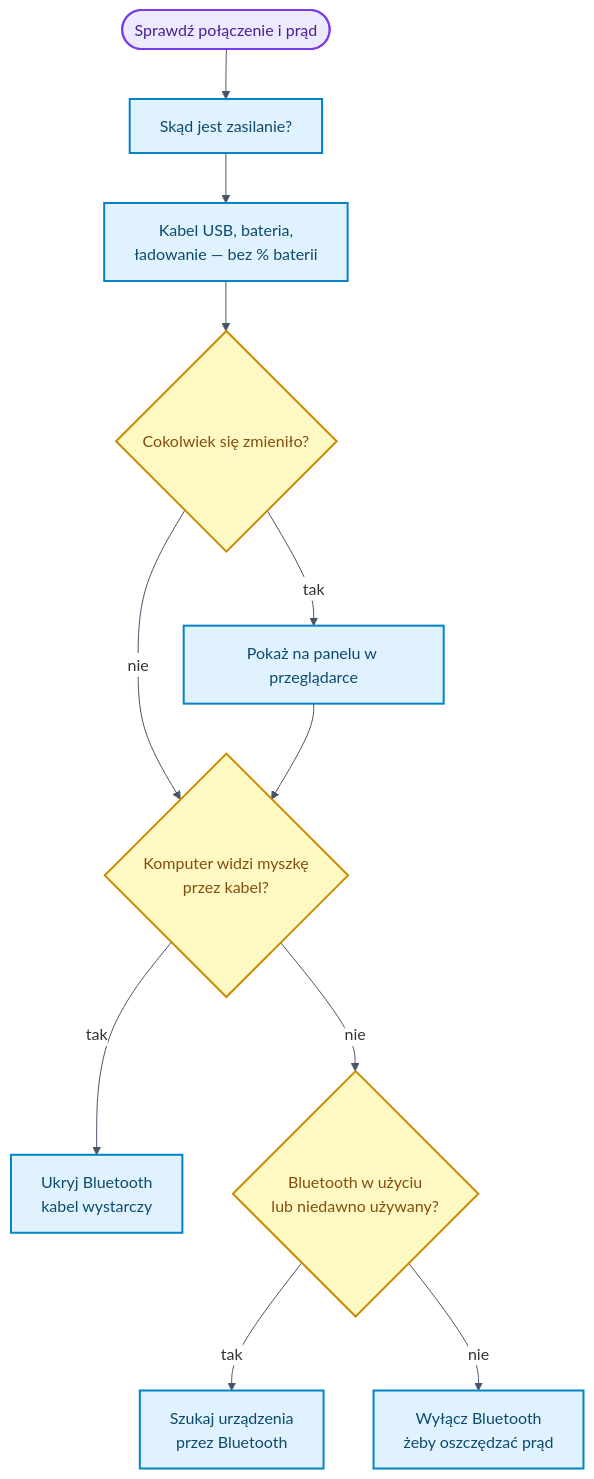
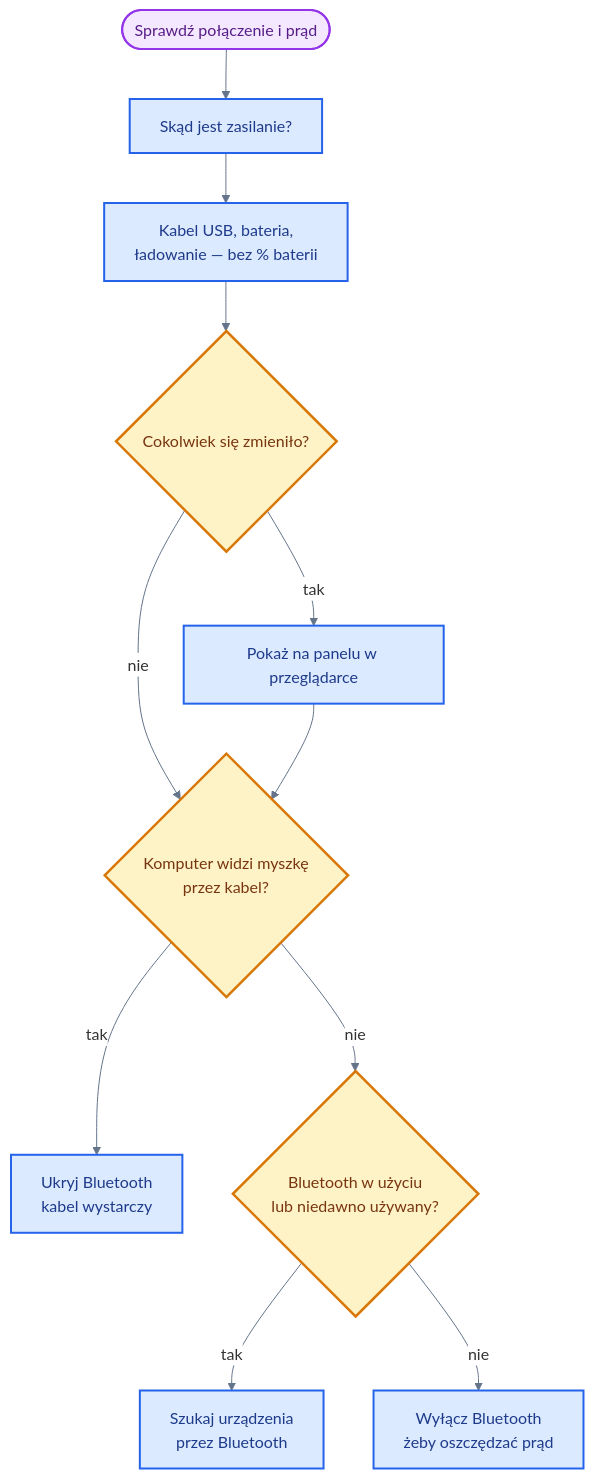
One commit to bartkadres-ai/HEFAS-4.0 changed the fifth of 10 diagrams in README.md. Above: the diagram before and after it, drawn with Mermaid. The commit also changed other lines of this file, not shown here.

````diff
--- a/README.md
+++ b/README.md
@@ -457,22 +473,22 @@
 ```mermaid
-%%{init: { 'theme': 'default', 'themeVariables': { 'darkMode': false, 'background': '#ffffff', 'mainBkg': '#ffffff', 'primaryColor': '#ffffff', 'secondaryColor': '#ffffff', 'tertiaryColor': '#ffffff', 'primaryTextColor': '#1e293b', 'lineColor': '#475569', 'clusterBkg': '#f8fafc', 'clusterBorder': '#cbd5e1', 'edgeLabelBackground': '#ffffff', 'noteBkgColor': '#f8fafc', 'noteTextColor': '#475569' }}}%%
+%%{init: { 'theme': 'default', 'themeVariables': { 'darkMode': false, 'background': '#ffffff', 'mainBkg': '#ffffff', 'primaryColor': '#ffffff', 'secondaryColor': '#ffffff', 'tertiaryColor': '#ffffff', 'primaryTextColor': '#1e293b', 'secondaryTextColor': '#334155', 'lineColor': '#64748b', 'primaryBorderColor': '#94a3b8', 'clusterBkg': '#f1f5f9', 'clusterBorder': '#94a3b8', 'edgeLabelBackground': '#ffffff', 'noteBkgColor': '#f8fafc', 'noteTextColor': '#475569', 'fontFamily': 'arial' }}}%%
 flowchart TD
     Z([Sprawdź połączenie i prąd]) --> ST[Skąd jest zasilanie?]
     ST --> FL["Kabel USB, bateria,<br/>ładowanie — bez % baterii"]
     FL --> CHG{Cokolwiek się zmieniło?}
     CHG -->|tak| LOGZ[Pokaż na panelu w przeglądarce]
     CHG -->|nie| USBCHK
     LOGZ --> USBCHK{Komputer widzi myszkę<br/>przez kabel?}
 
     USBCHK -->|tak| OFF[Ukryj Bluetooth<br/>kabel wystarczy]
     USBCHK -->|nie| CON{Bluetooth w użyciu<br/>lub niedawno używany?}
     CON -->|tak| ON[Szukaj urządzenia<br/>przez Bluetooth]
     CON -->|nie| SLEEP[Wyłącz Bluetooth<br/>żeby oszczędzać prąd]
 
-    classDef startEnd fill:#ede9fe,stroke:#7c3aed,stroke-width:2px,color:#4c1d95
-    classDef process fill:#e0f2fe,stroke:#0284c7,stroke-width:2px,color:#0c4a6e
-    classDef decision fill:#fef9c3,stroke:#ca8a04,stroke-width:2px,color:#854d0e
+    classDef startEnd fill:#f3e8ff,stroke:#9333ea,stroke-width:2px,color:#581c87
+    classDef process fill:#dbeafe,stroke:#2563eb,stroke-width:2px,color:#1e3a8a
+    classDef decision fill:#fef3c7,stroke:#d97706,stroke-width:2.5px,color:#78350f
     class Z startEnd
     class ST,FL,LOGZ,OFF,ON,SLEEP process
     class CHG,USBCHK,CON decision
 ```
````
